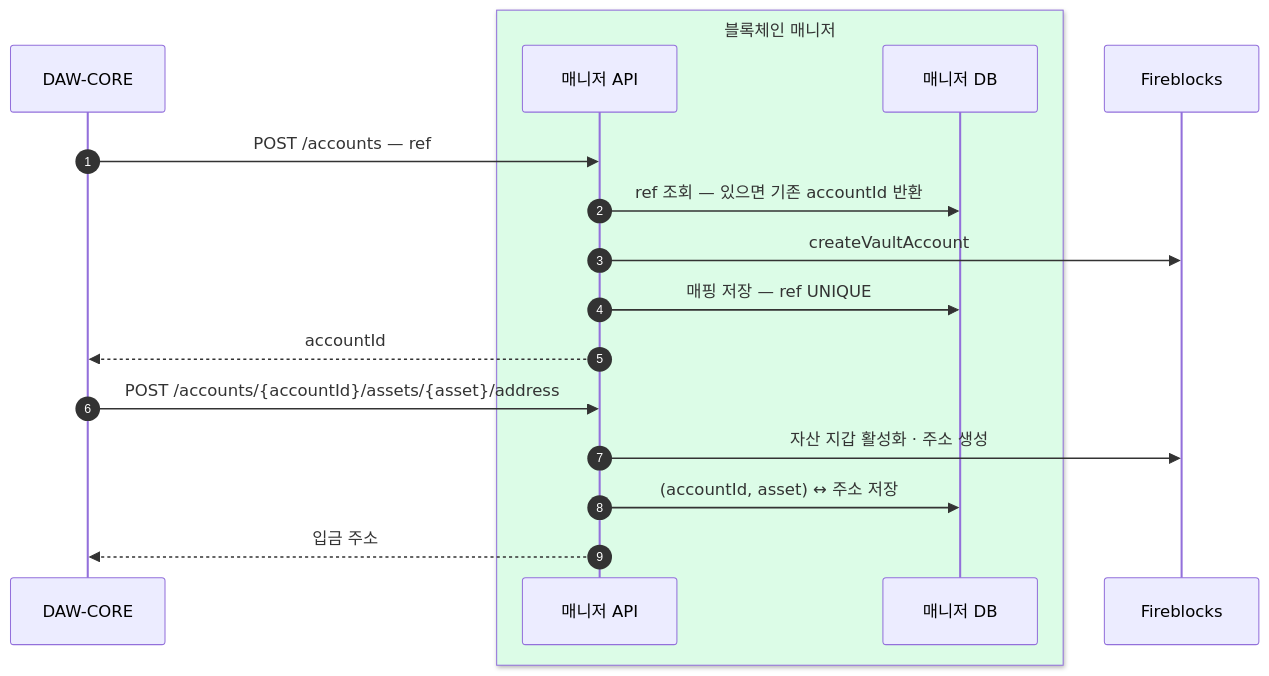
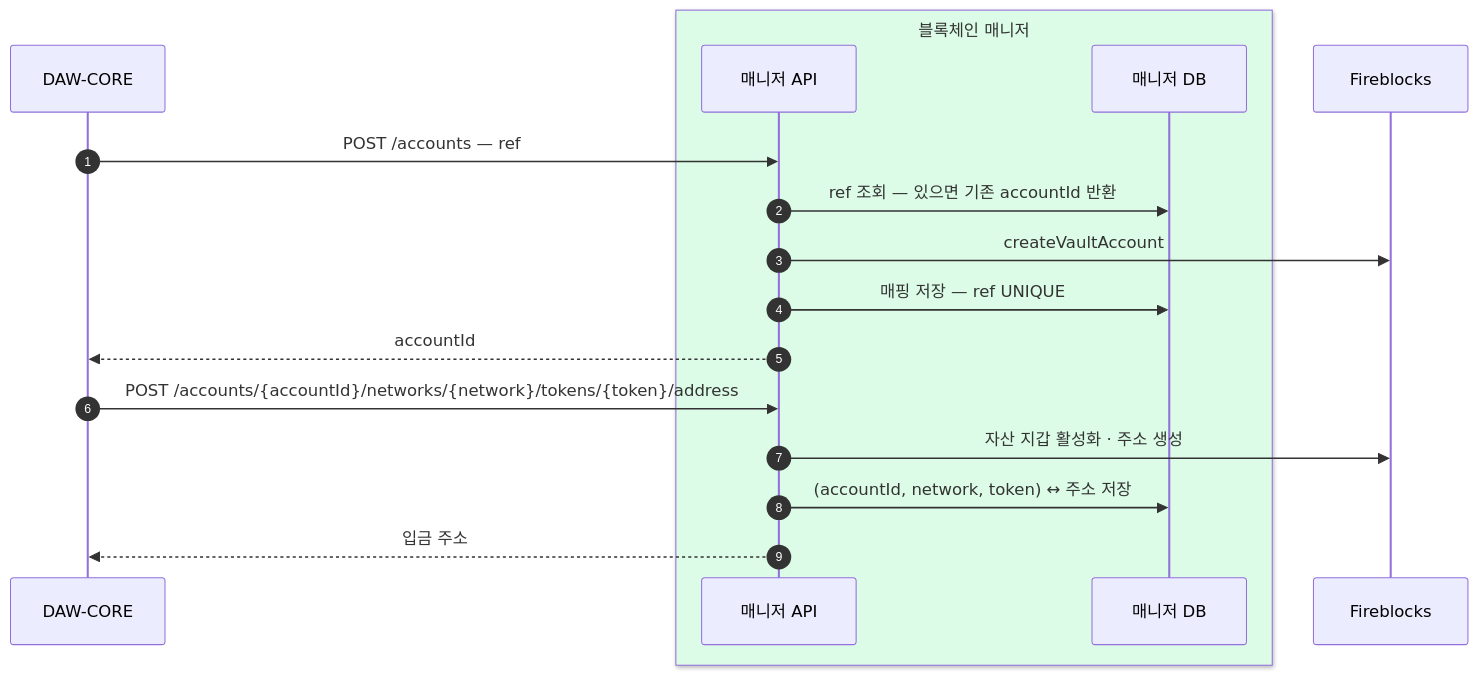
Before and after one commit to eunsujeo/eunpus: the first of 6 diagrams in blockchain-manager/docs/BC/설계/02-bcm-flow.md, drawn with Mermaid. The commit also changed other lines of this file and 10 other files, not shown here.

````diff
--- a/blockchain-manager/docs/BC/설계/02-bcm-flow.md
+++ b/blockchain-manager/docs/BC/설계/02-bcm-flow.md
@@ -20,20 +20,20 @@
 ```mermaid
 sequenceDiagram
     autonumber
     participant BE as DAW-CORE
     box rgb(220,252,231) 블록체인 매니저
     participant BM as 매니저 API
     participant MDB as 매니저 DB
     end
     participant FB as Fireblocks
 
     BE->>BM: POST /accounts — ref
     BM->>MDB: ref 조회 — 있으면 기존 accountId 반환
     BM->>FB: createVaultAccount
     BM->>MDB: 매핑 저장 — ref UNIQUE
     BM-->>BE: accountId
-    BE->>BM: POST /accounts/{accountId}/assets/{asset}/address
+    BE->>BM: POST /accounts/{accountId}/networks/{network}/tokens/{token}/address
     BM->>FB: 자산 지갑 활성화 · 주소 생성
-    BM->>MDB: (accountId, asset) ↔ 주소 저장
+    BM->>MDB: (accountId, network, token) ↔ 주소 저장
     BM-->>BE: 입금 주소
 ```
````
